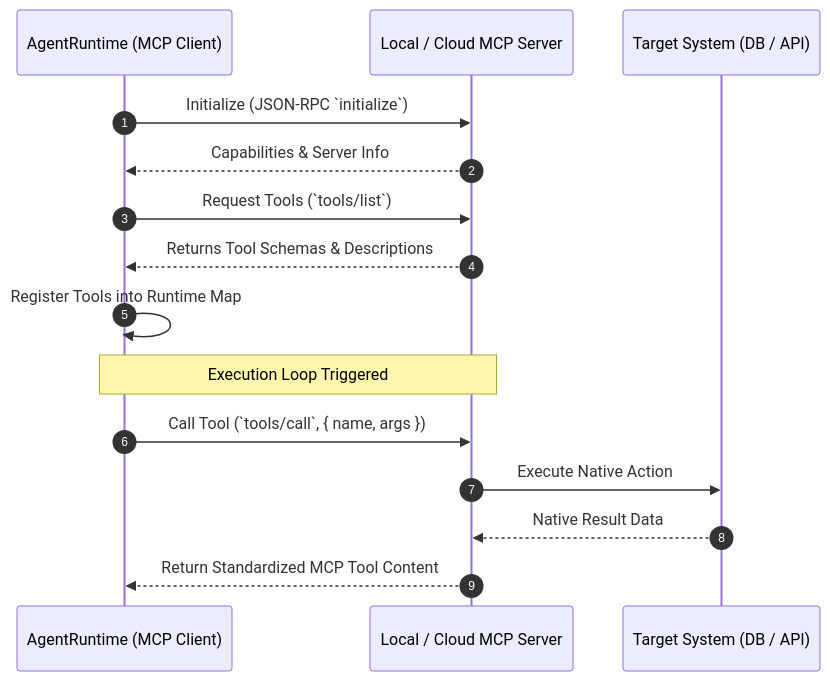
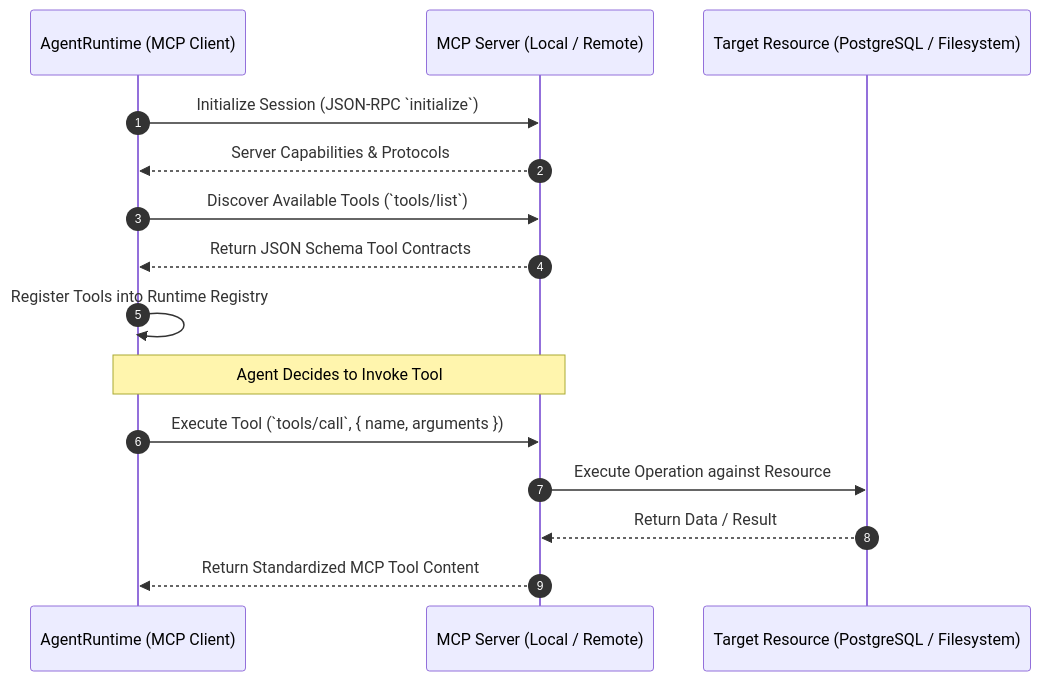
One commit to Ovanthra-Inc/sidhya-blog changed the diagram in content/posts/ai-engineering-from-zero/multi-agent-framework-part-4-mcp-protocol.mdx. Above: the diagram before and after it, drawn with Mermaid. The commit also changed other lines of this file and 42 other files, not shown here.

````diff
--- a/content/posts/ai-engineering-from-zero/multi-agent-framework-part-4-mcp-protocol.mdx
+++ b/content/posts/ai-engineering-from-zero/multi-agent-framework-part-4-mcp-protocol.mdx
@@ -38,19 +34,19 @@
 ```mermaid
 sequenceDiagram
     autonumber
     participant Agent as AgentRuntime (MCP Client)
-    participant MCPServer as Local / Cloud MCP Server
-    participant Tool as Target System (DB / API)
+    participant Server as MCP Server (Local / Remote)
+    participant Resource as Target Resource (PostgreSQL / Filesystem)
 
-    Agent->>MCPServer: Initialize (JSON-RPC `initialize`)
-    MCPServer-->>Agent: Capabilities & Server Info
-    Agent->>MCPServer: Request Tools (`tools/list`)
-    MCPServer-->>Agent: Returns Tool Schemas & Descriptions
-    Agent->>Agent: Register Tools into Runtime Map
+    Agent->>Server: Initialize Session (JSON-RPC `initialize`)
+    Server-->>Agent: Server Capabilities & Protocols
+    Agent->>Server: Discover Available Tools (`tools/list`)
+    Server-->>Agent: Return JSON Schema Tool Contracts
+    Agent->>Agent: Register Tools into Runtime Registry
 
-    Note over Agent, MCPServer: Execution Loop Triggered
-    Agent->>MCPServer: Call Tool (`tools/call`, { name, args })
-    MCPServer->>Tool: Execute Native Action
-    Tool-->>MCPServer: Native Result Data
-    MCPServer-->>Agent: Return Standardized MCP Tool Content
+    Note over Agent, Server: Agent Decides to Invoke Tool
+    Agent->>Server: Execute Tool (`tools/call`, { name, arguments })
+    Server->>Resource: Execute Operation against Resource
+    Resource-->>Server: Return Data / Result
+    Server-->>Agent: Return Standardized MCP Tool Content
 ```
````
